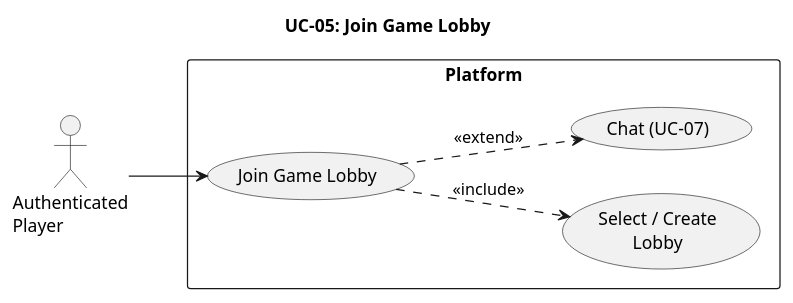
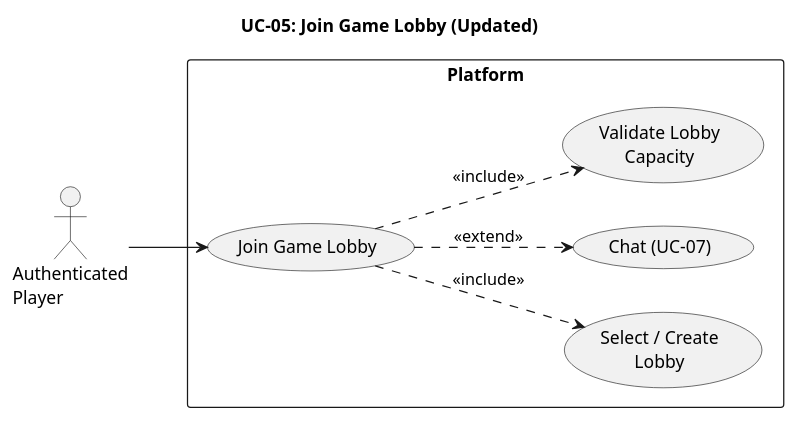
One commit to manavpreet1809/Multiplayer-Gaming-Platform changed the diagram in docs/03 useCases/UC-05 Join Game Lobby.md. Above: the diagram before and after it, drawn with PlantUML. The commit also changed other lines of this file and 21 other files, not shown here.

````diff
--- a/docs/03 useCases/UC-05 Join Game Lobby.md
+++ b/docs/03 useCases/UC-05 Join Game Lobby.md
@@ -7,21 +13,23 @@
 ```plantuml
 @startuml
-title UC-05: Join Game Lobby
+title UC-05: Join Game Lobby (Updated)
 
 left to right direction
 skinparam packageStyle rectangle
 
 actor "Authenticated\nPlayer" as Player
 
 rectangle "Platform" {
   usecase "Join Game Lobby" as UC05
   usecase "Select / Create\nLobby" as SL
   usecase "Chat (UC-07)" as UC07
+  usecase "Validate Lobby\nCapacity" as VLC
 }
 
 Player --> UC05
 UC05 ..> SL : <<include>>
+UC05 ..> VLC : <<include>>
 UC05 ..> UC07 : <<extend>>
 
 @enduml
 ```
````
